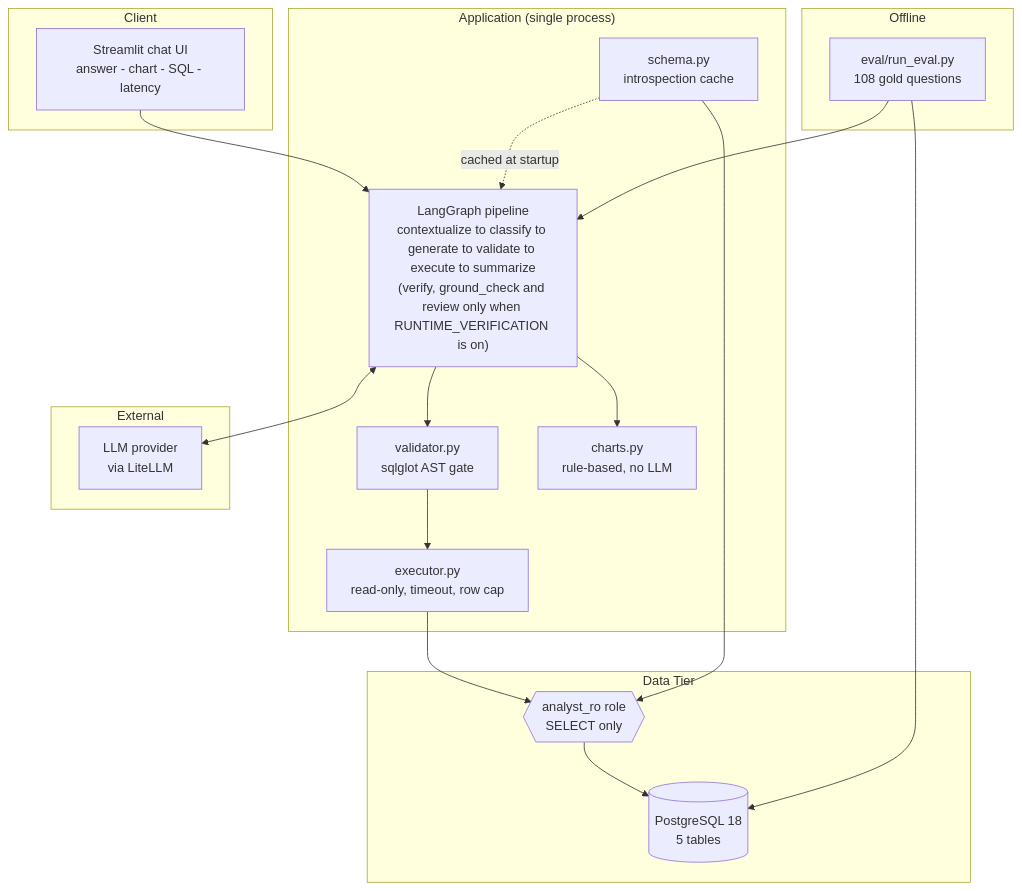
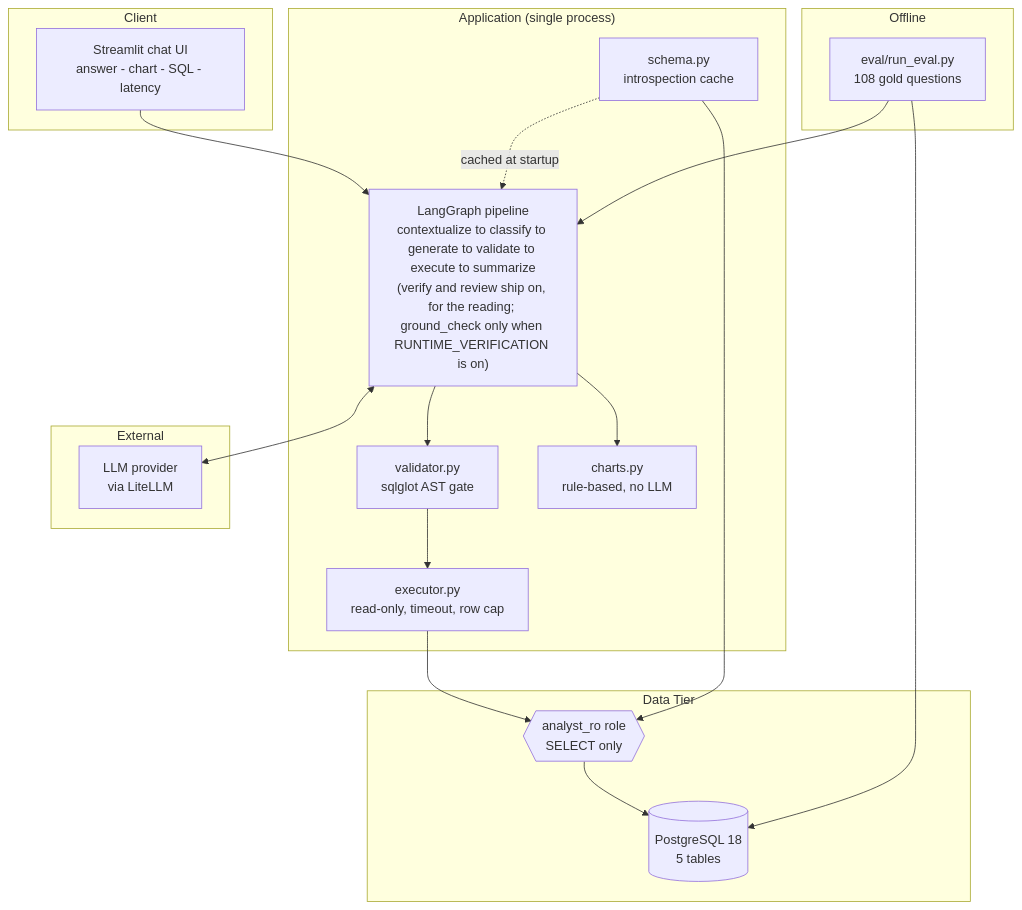
One commit to insafim/conversational-data-analyst changed the first of 4 diagrams in docs/ARCHITECTURE.md. Above: the diagram before and after it, drawn with Mermaid. The commit also changed other lines of this file and 2 other files, not shown here.

````diff
--- a/docs/ARCHITECTURE.md
+++ b/docs/ARCHITECTURE.md
@@ -131,39 +131,39 @@
 ```mermaid
 flowchart TB
     subgraph Client["Client"]
         UI["Streamlit chat UI<br/>answer - chart - SQL - latency"]
     end
 
     subgraph App["Application (single process)"]
-        GRAPH["LangGraph pipeline<br/>contextualize to classify to generate to validate to execute to summarize<br/>(verify, ground_check and review only when RUNTIME_VERIFICATION is on)"]
+        GRAPH["LangGraph pipeline<br/>contextualize to classify to generate to validate to execute to summarize<br/>(verify and review ship on, for the reading; ground_check only when RUNTIME_VERIFICATION is on)"]
         VAL["validator.py<br/>sqlglot AST gate"]
         EXEC["executor.py<br/>read-only, timeout, row cap"]
         CHART["charts.py<br/>rule-based, no LLM"]
         SCHEMA["schema.py<br/>introspection cache"]
     end
 
     subgraph Data["Data Tier"]
         RO{{"analyst_ro role<br/>SELECT only"}}
         PG[("PostgreSQL 18<br/>5 tables")]
     end
 
     subgraph External["External"]
         LLM["LLM provider<br/>via LiteLLM"]
     end
 
     subgraph Offline["Offline"]
         EVAL["eval/run_eval.py<br/>108 gold questions"]
     end
 
     UI --> GRAPH
     GRAPH --> VAL
     VAL --> EXEC
     EXEC --> RO
     RO --> PG
     GRAPH --> CHART
     SCHEMA -. cached at startup .-> GRAPH
     SCHEMA --> RO
     GRAPH <--> LLM
     EVAL --> GRAPH
     EVAL --> PG
 ```
````
